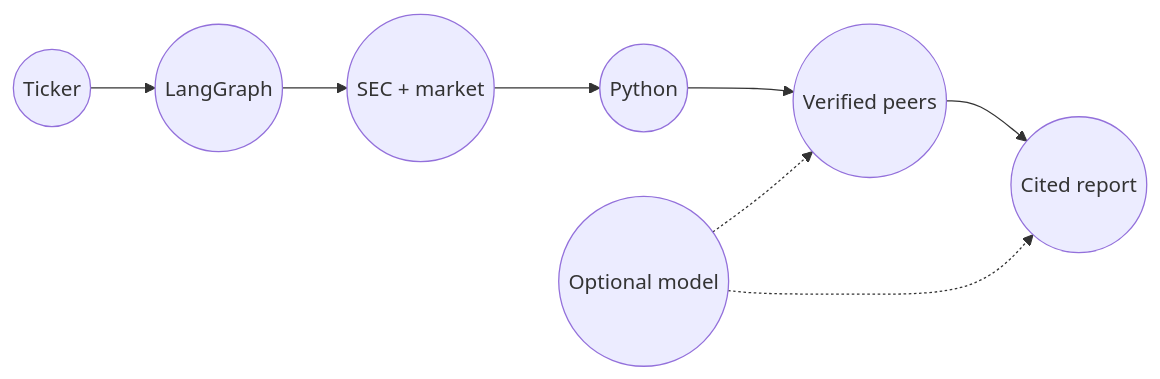
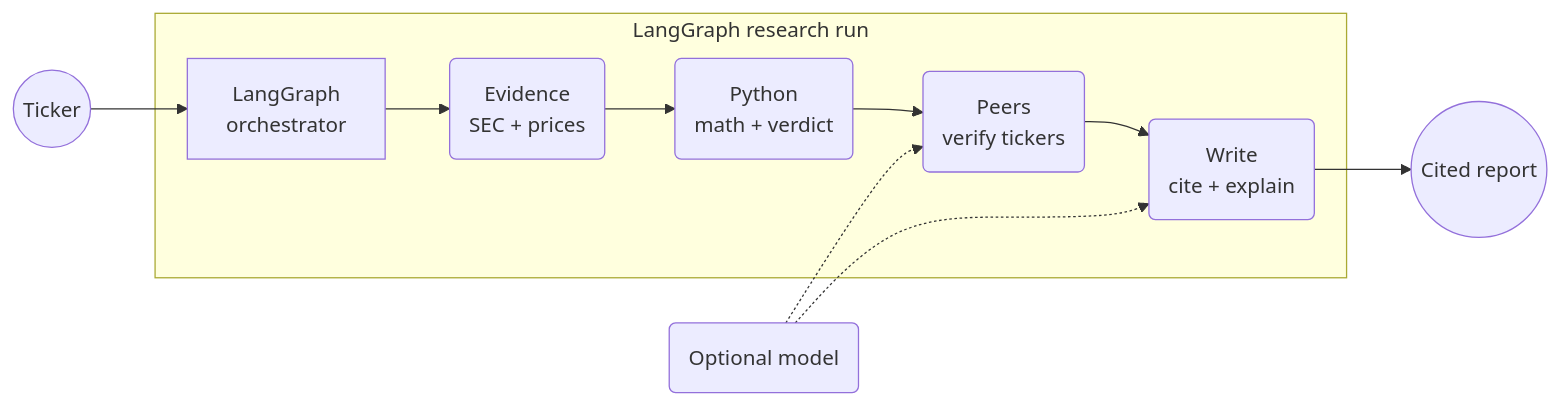
Before and after one commit to prentopoulos/financial-research-agent: the diagram in docs/ARCHITECTURE.md, drawn with Mermaid. The commit also changed other lines of this file and 4 other files, not shown here.

````diff
--- a/docs/ARCHITECTURE.md
+++ b/docs/ARCHITECTURE.md
@@ -5,10 +5,13 @@
 ```mermaid
 flowchart LR
-    START((Ticker)) --> GRAPH((LangGraph))
-    GRAPH --> DATA((SEC + market))
-    DATA --> MATH((Python))
-    MATH --> PEERS((Verified peers))
-    PEERS --> END((Cited report))
-    MODEL((Optional model)) -.-> PEERS
-    MODEL -.-> END
+    IN((Ticker)) --> ORCH[LangGraph<br/>orchestrator]
+    subgraph RUN[LangGraph research run]
+        ORCH --> DATA(Evidence<br/>SEC + prices)
+        DATA --> MATH(Python<br/>math + verdict)
+        MATH --> PEERS(Peers<br/>verify tickers)
+        PEERS --> WRITE(Write<br/>cite + explain)
+    end
+    WRITE --> OUT((Cited report))
+    MODEL(Optional model) -.-> PEERS
+    MODEL -.-> WRITE
 ```
````
